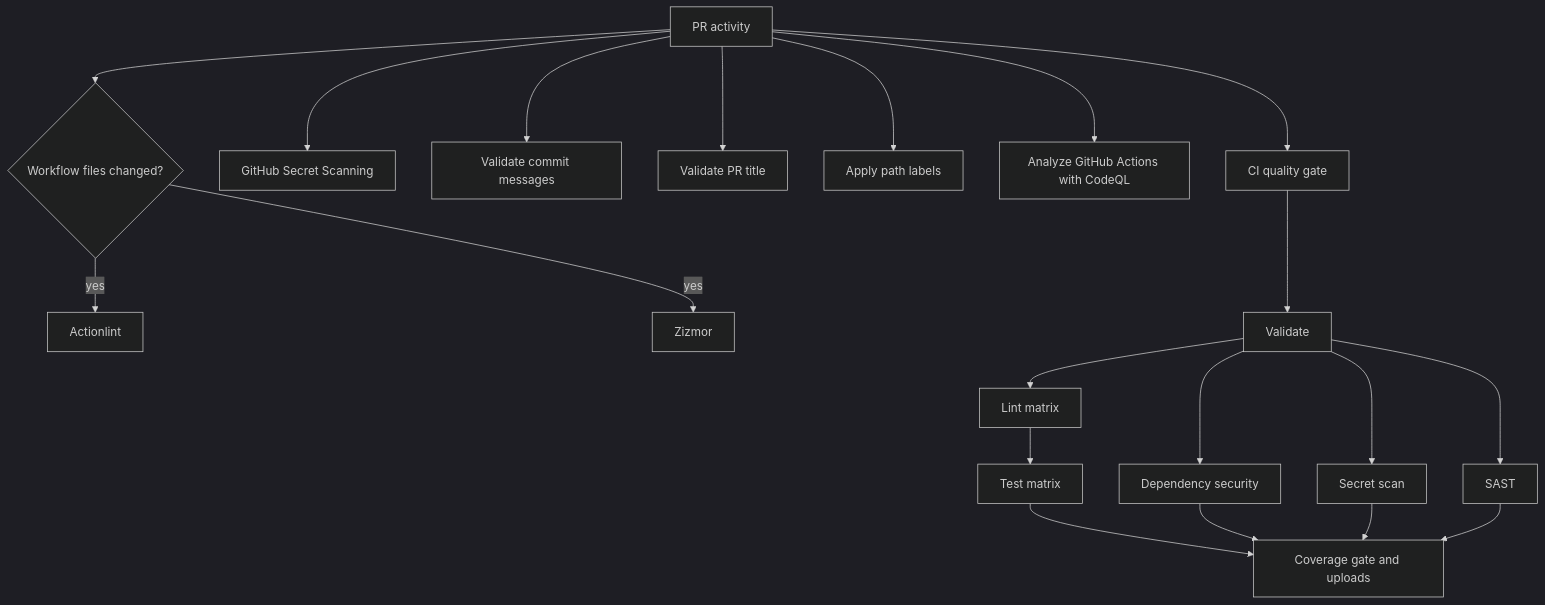
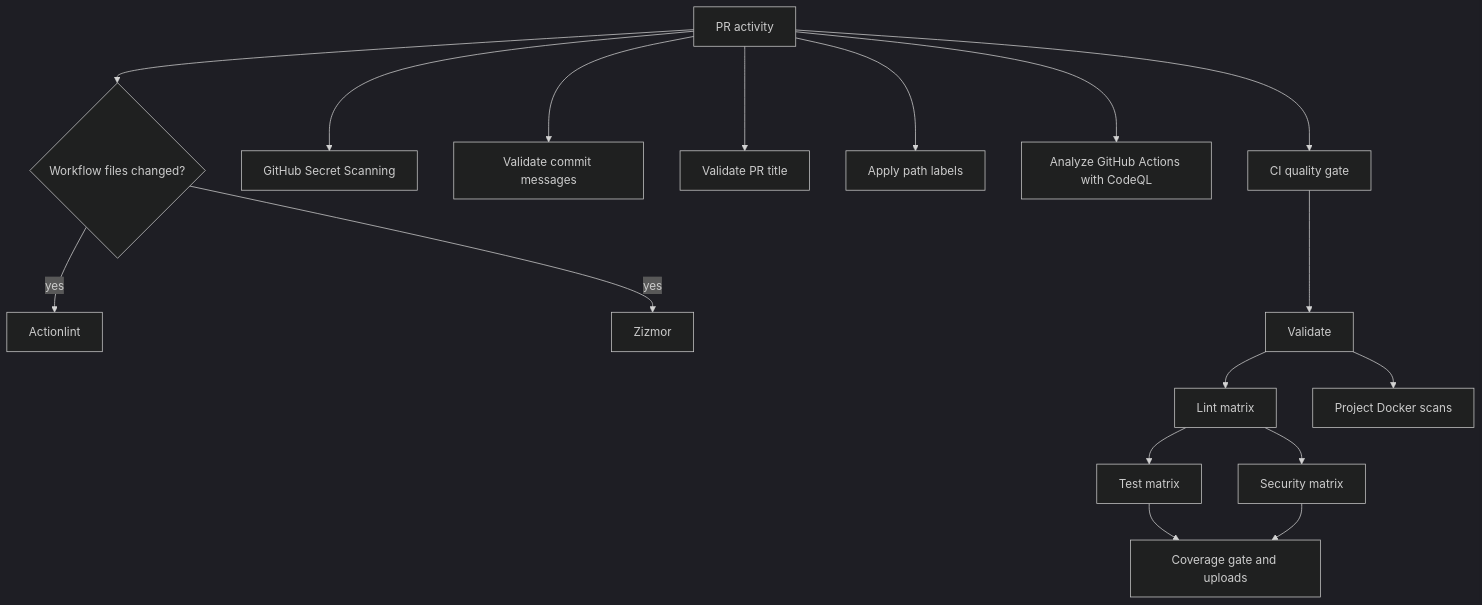
Before and after one commit to jooservices/dto: the second of 5 diagrams in WORKFLOWS.md, drawn with Mermaid (dark theme). The commit also changed other lines of this file and 2 other files, not shown here.

Commit message:
JDTO-4: fix: Preserve existing hooks and document scans

````diff
--- a/WORKFLOWS.md
+++ b/WORKFLOWS.md
@@ -43,23 +43,20 @@
 ```mermaid
 flowchart TD
     PR[PR activity] --> CI[CI quality gate]
     PR --> Native[GitHub Secret Scanning]
     PR --> CL[Validate commit messages]
     PR --> SPT[Validate PR title]
     PR --> PL[Apply path labels]
     PR --> CQL[Analyze GitHub Actions with CodeQL]
     PR --> WA{Workflow files changed?}
     WA -->|yes| AL[Actionlint]
     WA -->|yes| ZM[Zizmor]
 
     CI --> V[Validate]
     V --> L[Lint matrix]
     L --> T[Test matrix]
-    V --> DS[Dependency security]
-    V --> SS[Secret scan]
-    V --> SA[SAST]
+    L --> S[Security matrix]
+    V --> PDS[Project Docker scans]
     T --> CU[Coverage gate and uploads]
-    DS --> CU
-    SS --> CU
-    SA --> CU
+    S --> CU
 ```
````
